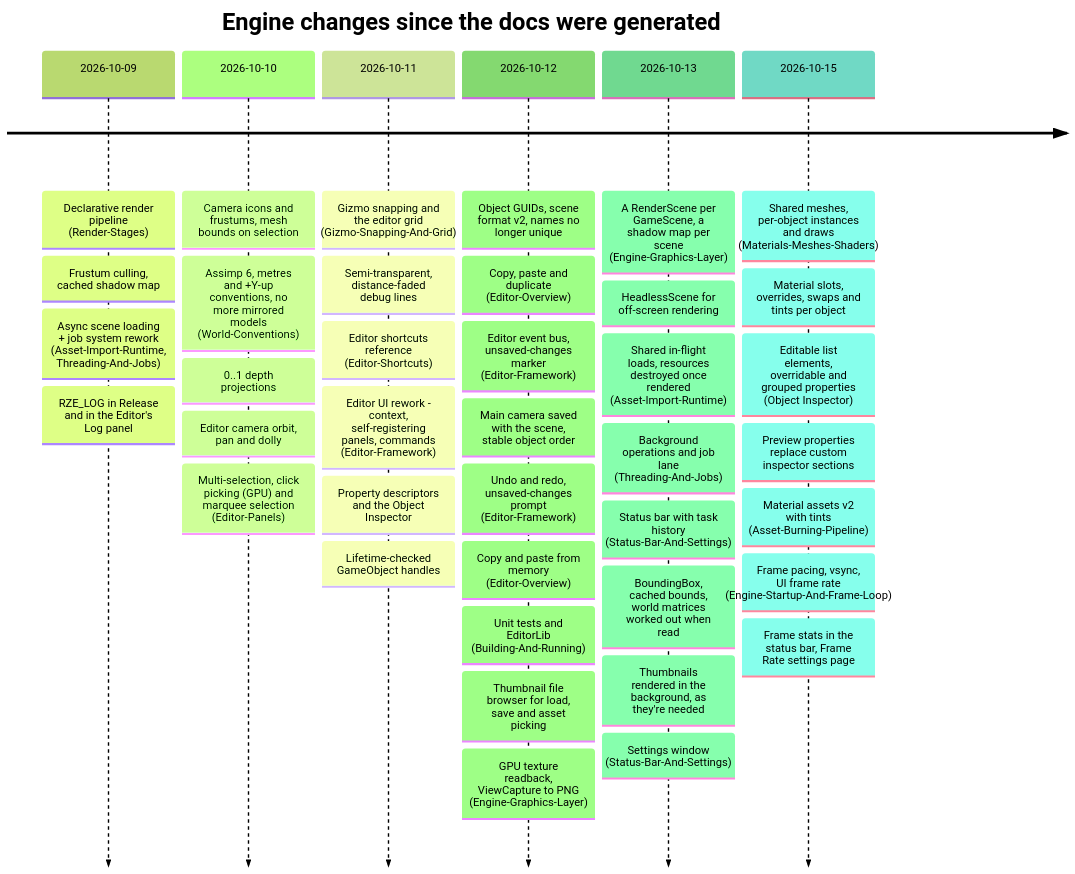
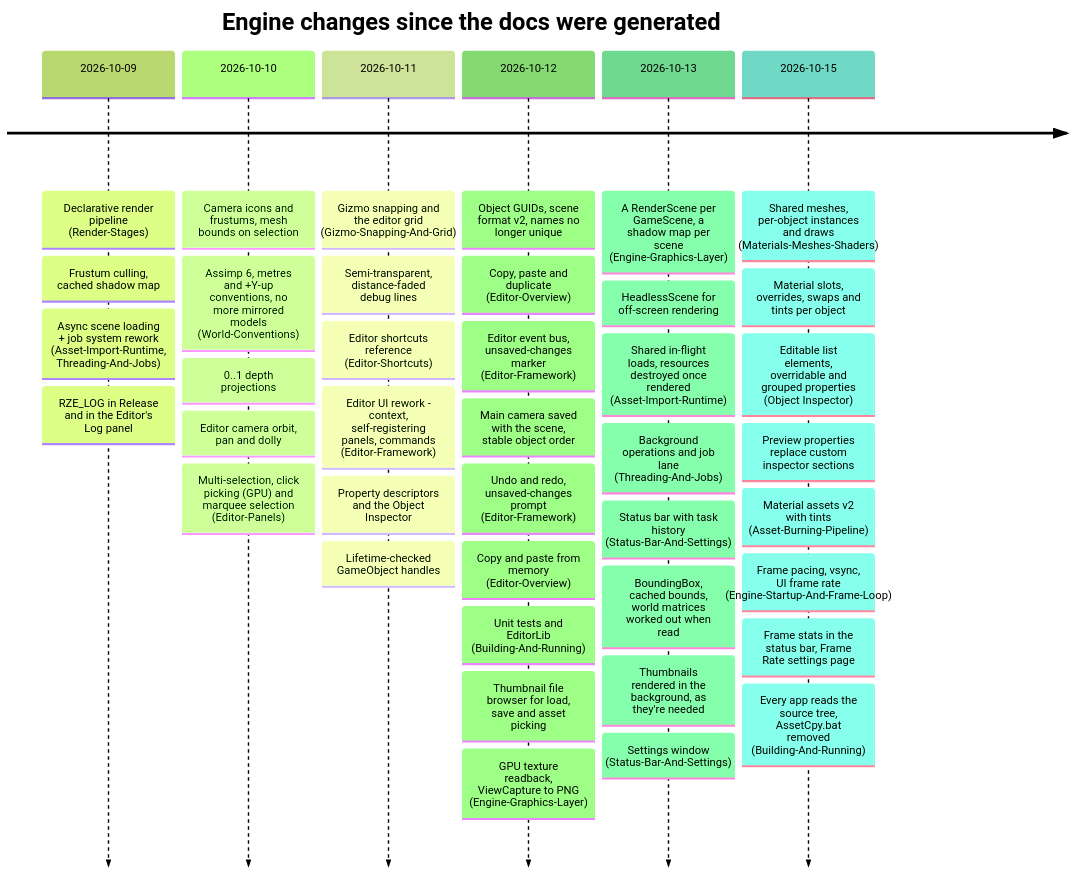
Before and after one commit to b1nary0/RZE: the third of 3 diagrams in Docs/Generated/Engine/index.md, drawn with Mermaid (forest theme). The commit also changed other lines of this file and 8 other files, not shown here.

First line of the commit message:
Document reading game data from the source tree, and drop AssetCpy from the docs

````diff
--- a/Docs/Generated/Engine/index.md
+++ b/Docs/Generated/Engine/index.md
@@ -90,43 +90,44 @@
 ```mermaid
 timeline
     title Engine changes since the docs were generated
     2026-10-09 : Declarative render pipeline (Render-Stages)
                : Frustum culling, cached shadow map
                : Async scene loading + job system rework (Asset-Import-Runtime, Threading-And-Jobs)
                : RZE_LOG in Release and in the Editor's Log panel
     2026-10-10 : Camera icons and frustums, mesh bounds on selection
                : Assimp 6, metres and +Y-up conventions, no more mirrored models (World-Conventions)
                : 0..1 depth projections
                : Editor camera orbit, pan and dolly
                : Multi-selection, click picking (GPU) and marquee selection (Editor-Panels)
     2026-10-11 : Gizmo snapping and the editor grid (Gizmo-Snapping-And-Grid)
                : Semi-transparent, distance-faded debug lines
                : Editor shortcuts reference (Editor-Shortcuts)
                : Editor UI rework - context, self-registering panels, commands (Editor-Framework)
                : Property descriptors and the Object Inspector
                : Lifetime-checked GameObject handles
     2026-10-12 : Object GUIDs, scene format v2, names no longer unique
                : Copy, paste and duplicate (Editor-Overview)
                : Editor event bus, unsaved-changes marker (Editor-Framework)
                : Main camera saved with the scene, stable object order
                : Undo and redo, unsaved-changes prompt (Editor-Framework)
                : Copy and paste from memory (Editor-Overview)
                : Unit tests and EditorLib (Building-And-Running)
                : Thumbnail file browser for load, save and asset picking
                : GPU texture readback, ViewCapture to PNG (Engine-Graphics-Layer)
     2026-10-13 : A RenderScene per GameScene, a shadow map per scene (Engine-Graphics-Layer)
                : HeadlessScene for off-screen rendering
                : Shared in-flight loads, resources destroyed once rendered (Asset-Import-Runtime)
                : Background operations and job lane (Threading-And-Jobs)
                : Status bar with task history (Status-Bar-And-Settings)
                : BoundingBox, cached bounds, world matrices worked out when read
                : Thumbnails rendered in the background, as they're needed
                : Settings window (Status-Bar-And-Settings)
     2026-10-15 : Shared meshes, per-object instances and draws (Materials-Meshes-Shaders)
                : Material slots, overrides, swaps and tints per object
                : Editable list elements, overridable and grouped properties (Object Inspector)
                : Preview properties replace custom inspector sections
                : Material assets v2 with tints (Asset-Burning-Pipeline)
                : Frame pacing, vsync, UI frame rate (Engine-Startup-And-Frame-Loop)
                : Frame stats in the status bar, Frame Rate settings page
+               : Every app reads the source tree, AssetCpy.bat removed (Building-And-Running)
 ```
````
